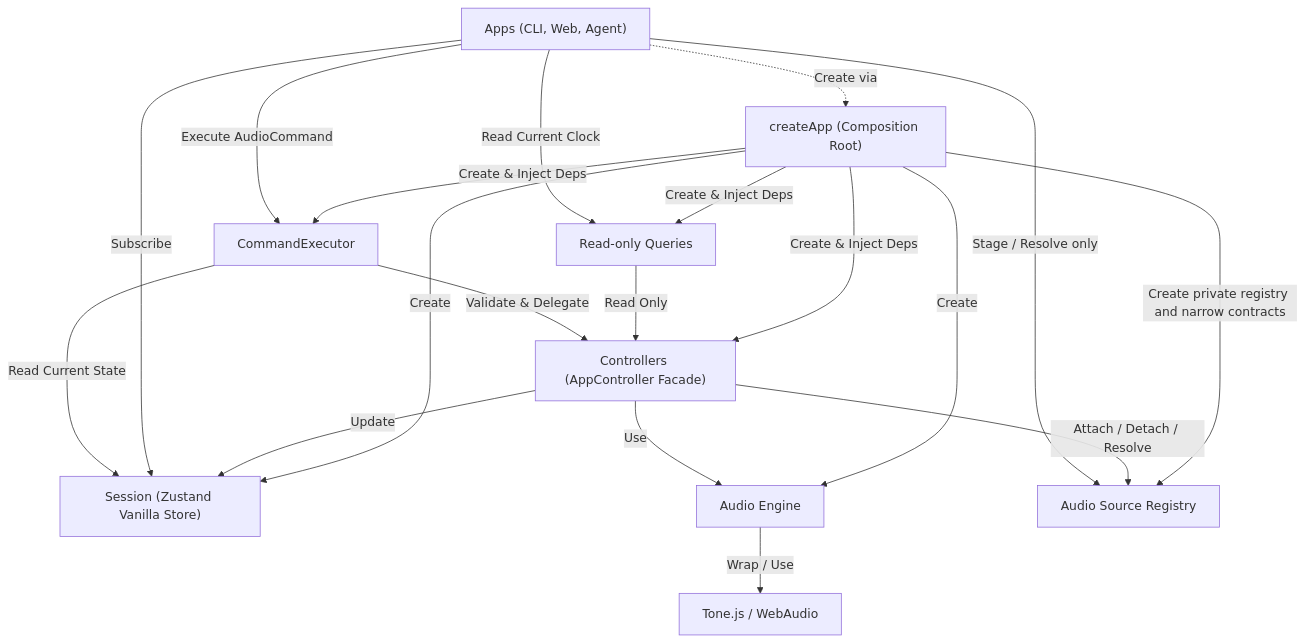
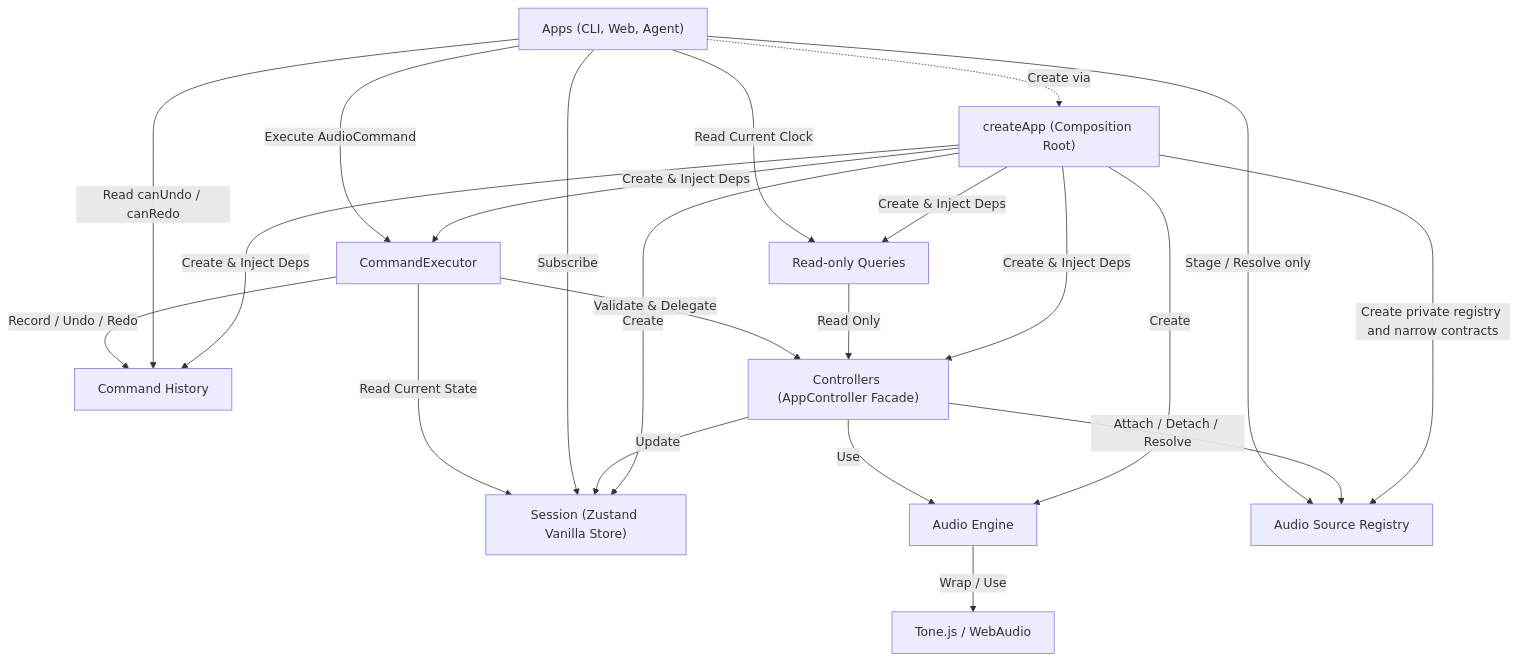
The diagram in src/layers/architecture.md (whizzkid1452/drop-ai), drawn with Mermaid before and after one commit. The commit also changed other lines of this file and 21 other files, not shown here.

Commit message:
feat(history): 편집 Undo와 Redo 경로 추가

````diff
--- a/src/layers/architecture.md
+++ b/src/layers/architecture.md
@@ -186,34 +199,38 @@
 ```mermaid
 graph TD
     Apps["Apps (CLI, Web, Agent)"]
     Commands["CommandExecutor"]
+    CommandHistory["Command History"]
     Queries["Read-only Queries"]
     Controllers["Controllers (AppController Facade)"]
     Session["Session (Zustand Vanilla Store)"]
     AudioEngine["Audio Engine"]
     AudioSourceRegistry["Audio Source Registry"]
     ToneJS["Tone.js / WebAudio"]
     CreateApp["createApp (Composition Root)"]
 
     Apps -->|Execute AudioCommand| Commands
     Apps -->|Read Current Clock| Queries
     Commands -->|Validate & Delegate| Controllers
     Commands -->|Read Current State| Session
+    Commands -->|Record / Undo / Redo| CommandHistory
     Apps -->|Subscribe| Session
+    Apps -->|Read canUndo / canRedo| CommandHistory
     Apps -.->|Create via| CreateApp
     Apps -->|Stage / Resolve only| AudioSourceRegistry
 
     Controllers -->|Use| AudioEngine
     Controllers -->|Attach / Detach / Resolve| AudioSourceRegistry
     Controllers -->|Update| Session
     Queries -->|Read Only| Controllers
 
     AudioEngine -->|Wrap / Use| ToneJS
 
     CreateApp -->|Create| AudioEngine
     CreateApp -->|Create private registry and narrow contracts| AudioSourceRegistry
     CreateApp -->|Create| Session
     CreateApp -->|Create & Inject Deps| Controllers
     CreateApp -->|Create & Inject Deps| Commands
+    CreateApp -->|Create & Inject Deps| CommandHistory
     CreateApp -->|Create & Inject Deps| Queries
 ```
````
